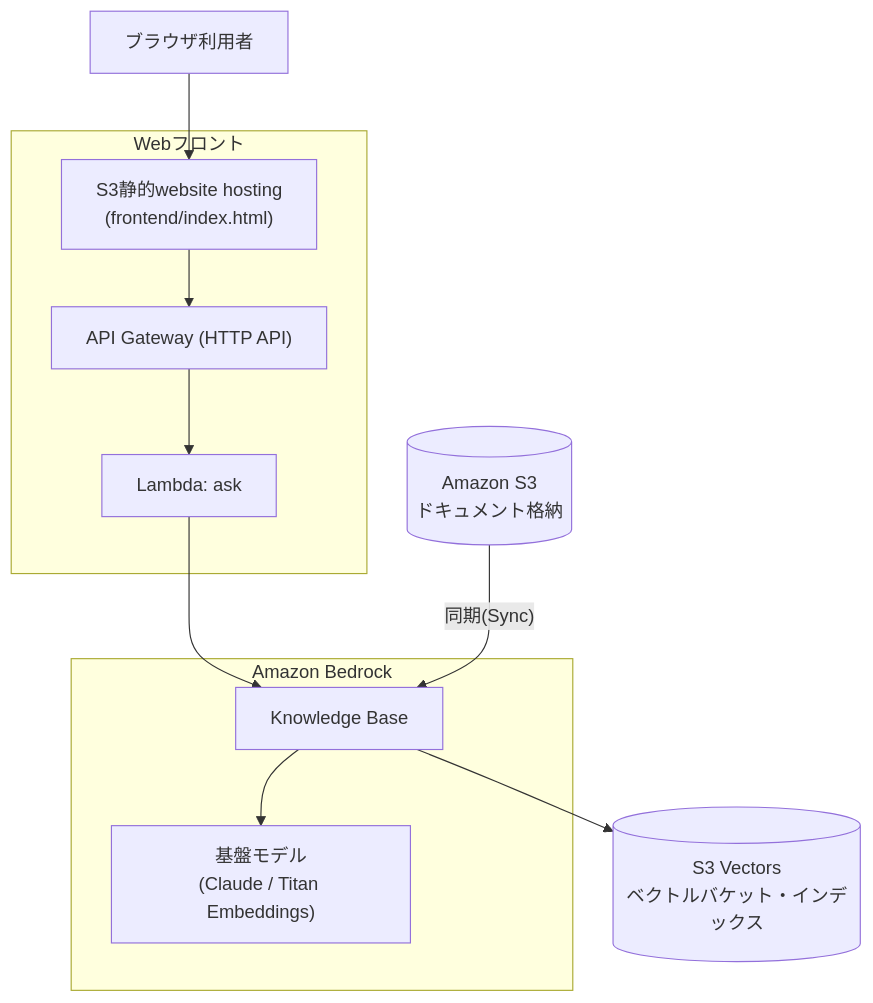
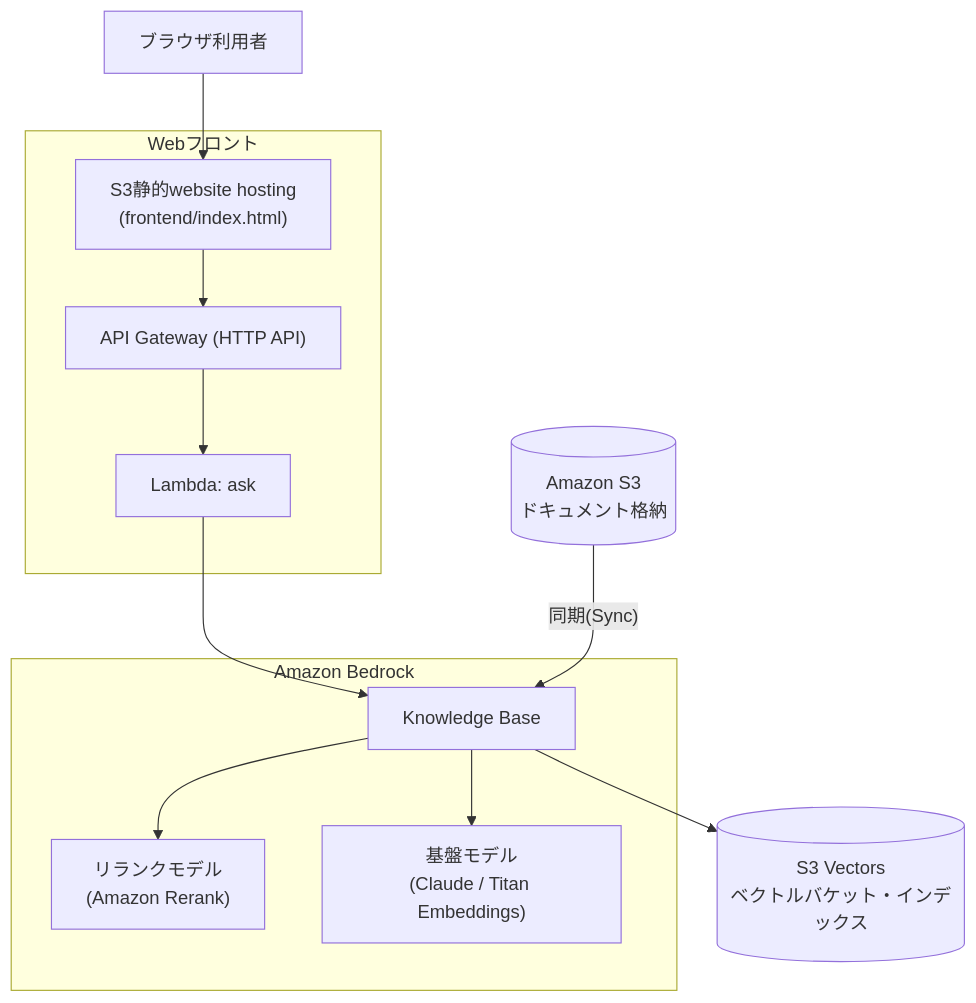
The diagram in README.md (TetsuSuzu/quest-aws-chatbot-basic), drawn with Mermaid before and after one commit. The commit also changed other lines of this file and 31 other files, not shown here.

````diff
--- a/README.md
+++ b/README.md
@@ -21,23 +21,25 @@
 ```mermaid
 flowchart TB
     WebUser["ブラウザ利用者"]
 
     subgraph WebFront["Webフロント"]
         S3Front["S3静的website hosting\n(frontend/index.html)"]
         APIGW["API Gateway (HTTP API)"]
         Lambda["Lambda: ask"]
     end
 
     subgraph BedrockBox["Amazon Bedrock"]
         KB["Knowledge Base"]
+        Rerank["リランクモデル\n(Amazon Rerank)"]
         Model["基盤モデル\n(Claude / Titan Embeddings)"]
     end
 
     S3Docs[("Amazon S3\nドキュメント格納")]
     S3V[("S3 Vectors\nベクトルバケット・インデックス")]
 
     WebUser --> S3Front --> APIGW --> Lambda --> KB
+    KB --> Rerank
     S3Docs -- "同期(Sync)" --> KB
     KB --> S3V
     KB --> Model
 ```
````
